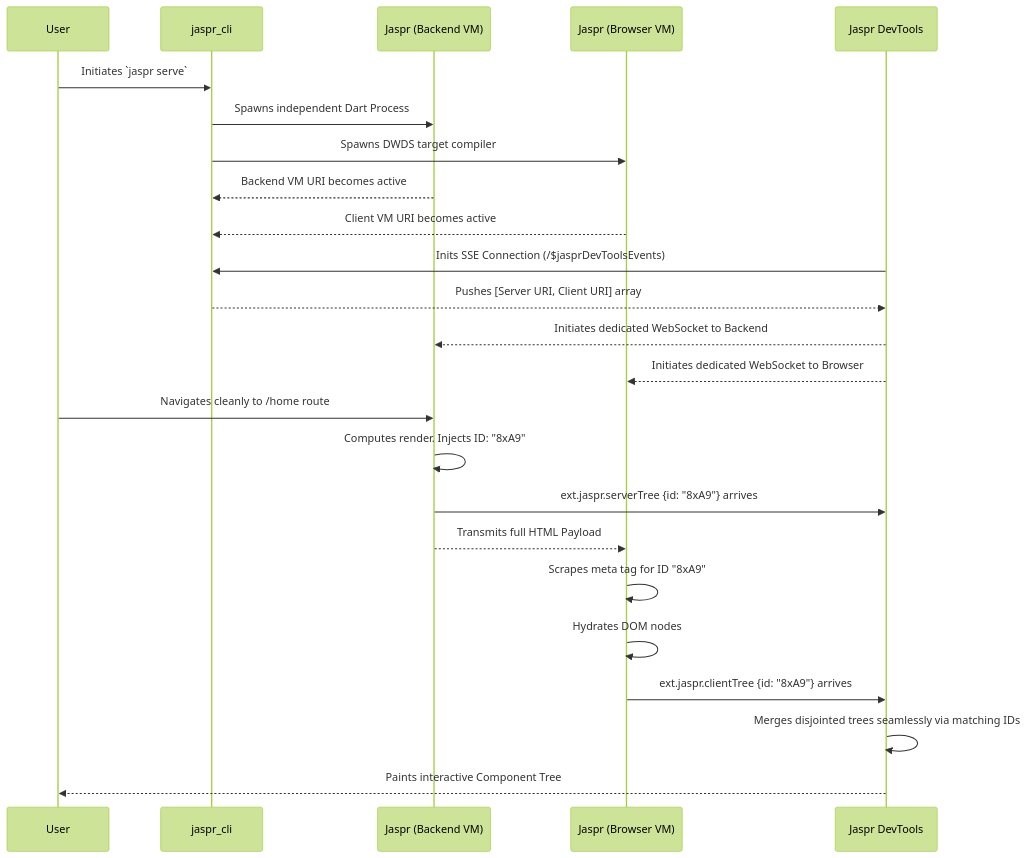
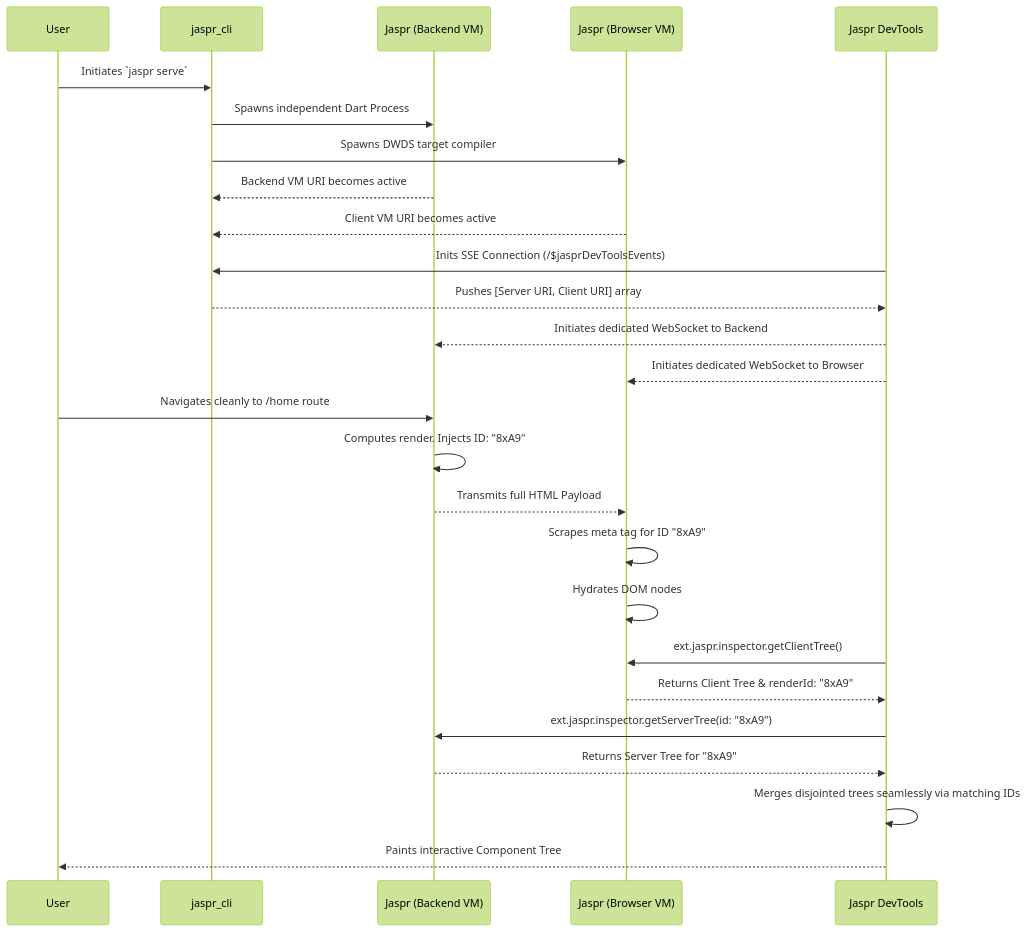
The diagram in packages/jaspr_devtools/ARCHITECTURE.md (schultek/jaspr), drawn with Mermaid (forest theme) before and after one commit. The commit also changed other lines of this file and 10 other files, not shown here.

````diff
--- a/packages/jaspr_devtools/ARCHITECTURE.md
+++ b/packages/jaspr_devtools/ARCHITECTURE.md
@@ -184,32 +182,34 @@
 ```mermaid
 sequenceDiagram
     participant User
     participant CLI as jaspr_cli
     participant Server as Jaspr (Backend VM)
     participant Client as Jaspr (Browser VM)
     participant UI as Jaspr DevTools
 
     User->>CLI: Initiates `jaspr serve`
     CLI->>Server: Spawns independent Dart Process
     CLI->>Client: Spawns DWDS target compiler
     
     Server-->>CLI: Backend VM URI becomes active
     Client-->>CLI: Client VM URI becomes active
     
     UI->>CLI: Inits SSE Connection (/$jasprDevToolsEvents)
     CLI-->>UI: Pushes [Server URI, Client URI] array
     UI-->>Server: Initiates dedicated WebSocket to Backend
     UI-->>Client: Initiates dedicated WebSocket to Browser
     
     User->>Server: Navigates cleanly to /home route
     Server->>Server: Computes render. Injects ID: "8xA9"
-    Server->>UI: ext.jaspr.serverTree {id: "8xA9"} arrives
-    
     Server-->>Client: Transmits full HTML Payload
     Client->>Client: Scrapes meta tag for ID "8xA9"
     Client->>Client: Hydrates DOM nodes
-    Client->>UI: ext.jaspr.clientTree {id: "8xA9"} arrives
+    
+    UI->>Client: ext.jaspr.inspector.getClientTree()
+    Client-->>UI: Returns Client Tree & renderId: "8xA9"
+    UI->>Server: ext.jaspr.inspector.getServerTree(id: "8xA9")
+    Server-->>UI: Returns Server Tree for "8xA9"
     
     UI->>UI: Merges disjointed trees seamlessly via matching IDs
     UI-->>User: Paints interactive Component Tree
 ```
````
